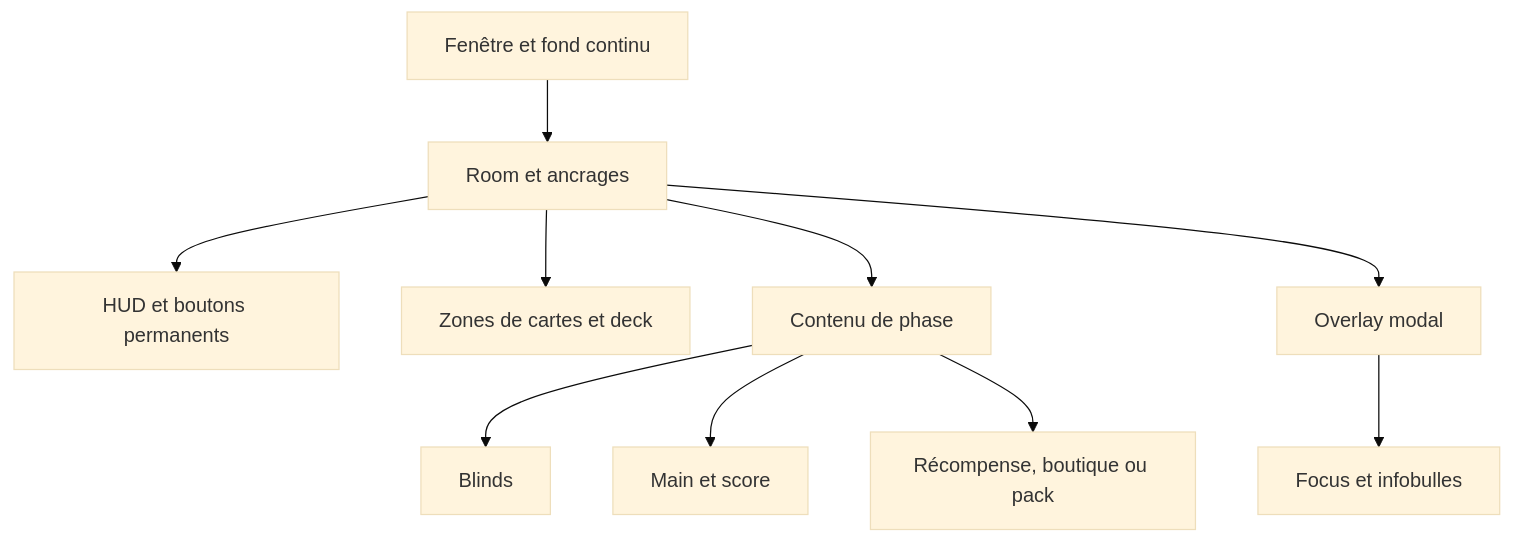
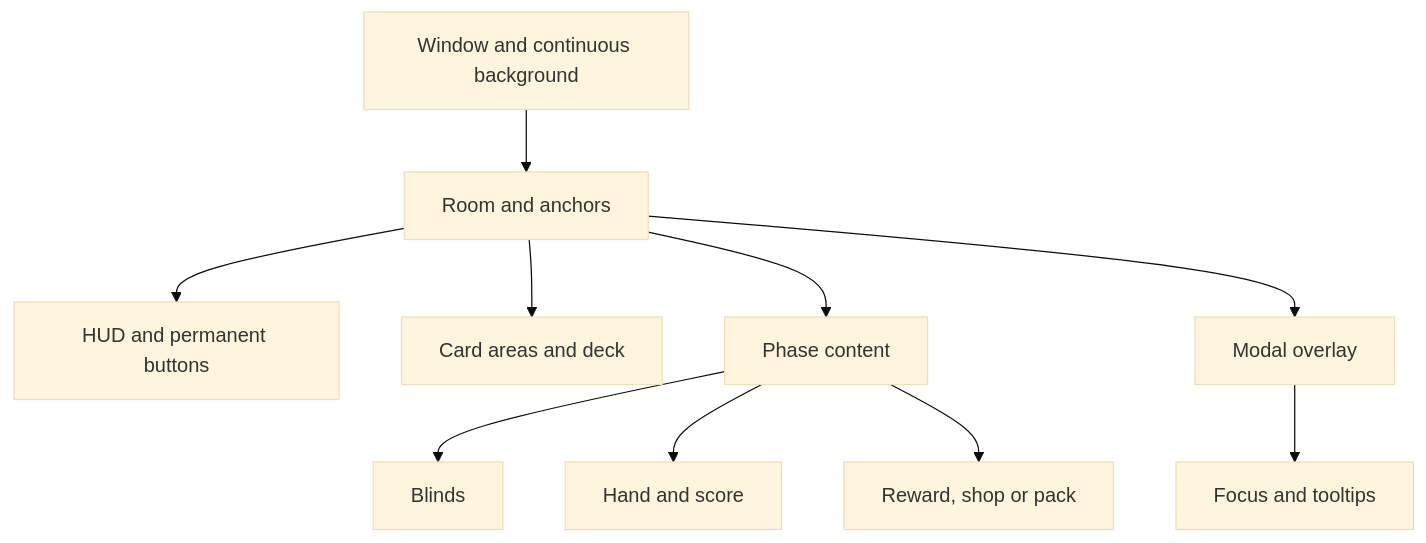
One commit to Azuuryy/ante changed the first of 3 diagrams in docs/UI_LEGACY_GUIDE.md. Above: the diagram before and after it, drawn with Mermaid (base theme). The commit also changed other lines of this file and 8 other files, not shown here.

````diff
--- a/docs/UI_LEGACY_GUIDE.md
+++ b/docs/UI_LEGACY_GUIDE.md
@@ -19,12 +19,12 @@
 ```mermaid
 flowchart TB
-    W[Fenêtre et fond continu] --> R[Room et ancrages]
-    R --> H[HUD et boutons permanents]
-    R --> A[Zones de cartes et deck]
-    R --> P[Contenu de phase]
+    W[Window and continuous background] --> R[Room and anchors]
+    R --> H[HUD and permanent buttons]
+    R --> A[Card areas and deck]
+    R --> P[Phase content]
     P --> B[Blinds]
-    P --> M[Main et score]
-    P --> S[Récompense, boutique ou pack]
-    R --> O[Overlay modal]
-    O --> T[Focus et infobulles]
+    P --> M[Hand and score]
+    P --> S[Reward, shop or pack]
+    R --> O[Modal overlay]
+    O --> T[Focus and tooltips]
 ```
````
